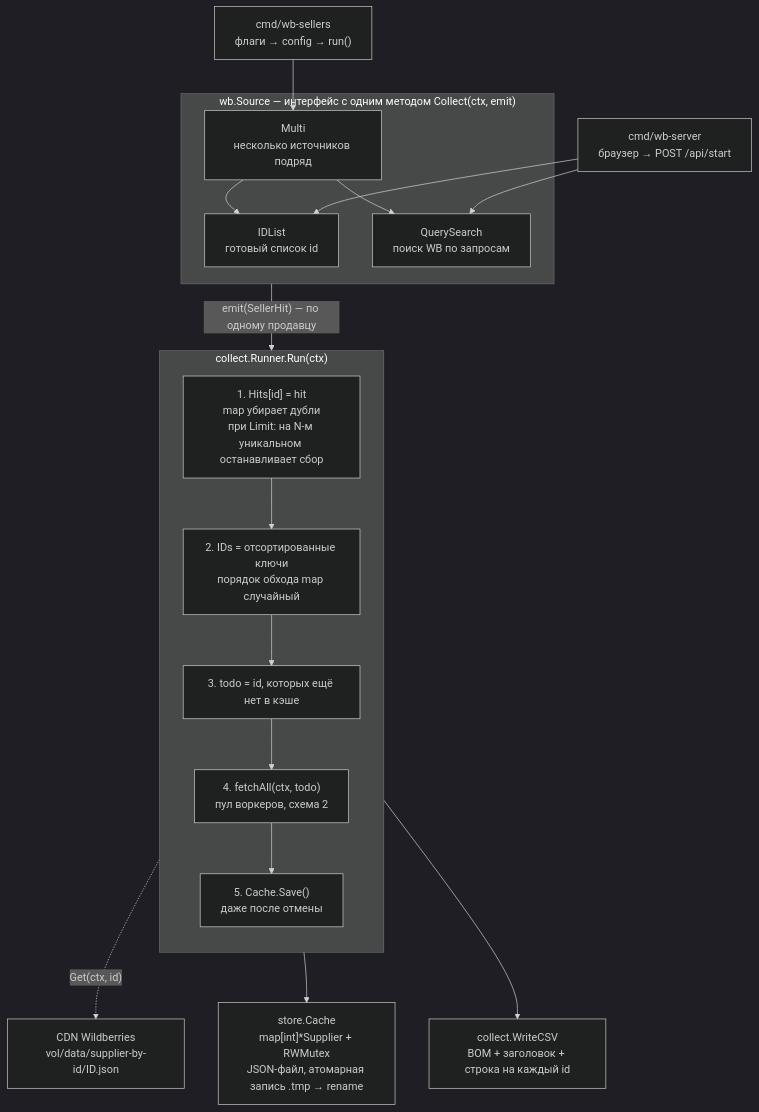
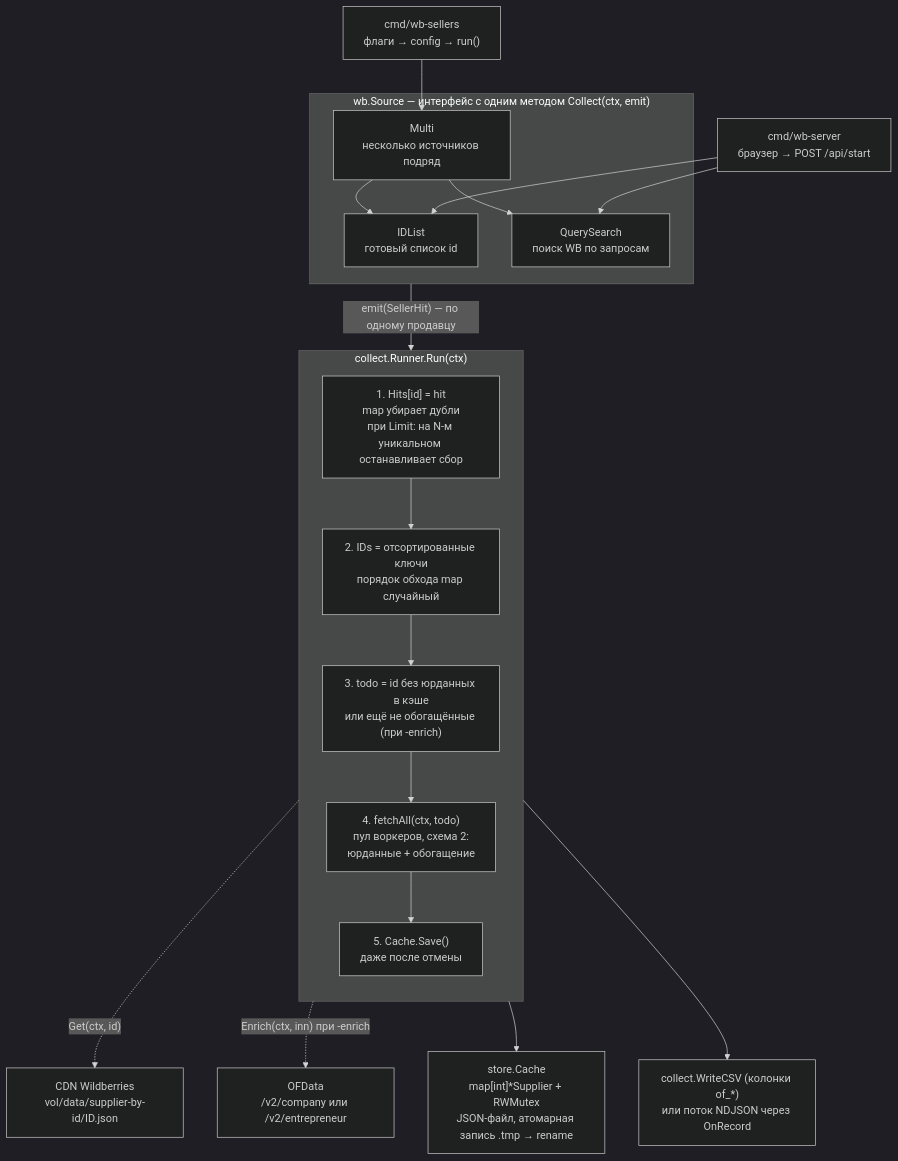
One commit to OkaneKatsuro/go-wb changed the second of 7 diagrams in README.md. Above: the diagram before and after it, drawn with Mermaid (dark theme). The commit also changed other lines of this file, not shown here.

Commit message:
docs: отразить обогащение OFData и NDJSON на схемах

````diff
--- a/README.md
+++ b/README.md
@@ -49,33 +49,34 @@
 ```mermaid
 flowchart TD
     CLI["cmd/wb-sellers<br/>флаги → config → run()"]
     SRV["cmd/wb-server<br/>браузер → POST /api/start"]
 
     subgraph SOURCE["wb.Source — интерфейс с одним методом Collect(ctx, emit)"]
         IDL["IDList<br/>готовый список id"]
         QS["QuerySearch<br/>поиск WB по запросам"]
         MULTI["Multi<br/>несколько источников подряд"]
     end
 
     CLI --> MULTI
     MULTI --> IDL
     MULTI --> QS
     SRV --> IDL
     SRV --> QS
 
     SOURCE -->|"emit(SellerHit) — по одному продавцу"| RUN
 
     subgraph RUN["collect.Runner.Run(ctx)"]
         direction TB
         H["1. Hits[id] = hit<br/>map убирает дубли<br/>при Limit: на N-м уникальном останавливает сбор"]
         I["2. IDs = отсортированные ключи<br/>порядок обхода map случайный"]
-        T["3. todo = id, которых ещё нет в кэше"]
-        F["4. fetchAll(ctx, todo)<br/>пул воркеров, схема 2"]
+        T["3. todo = id без юрданных в кэше<br/>или ещё не обогащённые (при -enrich)"]
+        F["4. fetchAll(ctx, todo)<br/>пул воркеров, схема 2:<br/>юрданные + обогащение"]
         S["5. Cache.Save()<br/>даже после отмены"]
         H --> I --> T --> F --> S
     end
 
     RUN --> CACHE["store.Cache<br/>map[int]*Supplier + RWMutex<br/>JSON-файл, атомарная запись .tmp → rename"]
-    RUN --> CSV["collect.WriteCSV<br/>BOM + заголовок + строка на каждый id"]
+    RUN --> CSV["collect.WriteCSV (колонки of_*)<br/>или поток NDJSON через OnRecord"]
     F -.->|"Get(ctx, id)"| CDN["CDN Wildberries<br/>vol/data/supplier-by-id/ID.json"]
+    F -.->|"Enrich(ctx, inn) при -enrich"| OFD["OFData<br/>/v2/company или /v2/entrepreneur"]
 ```
````
